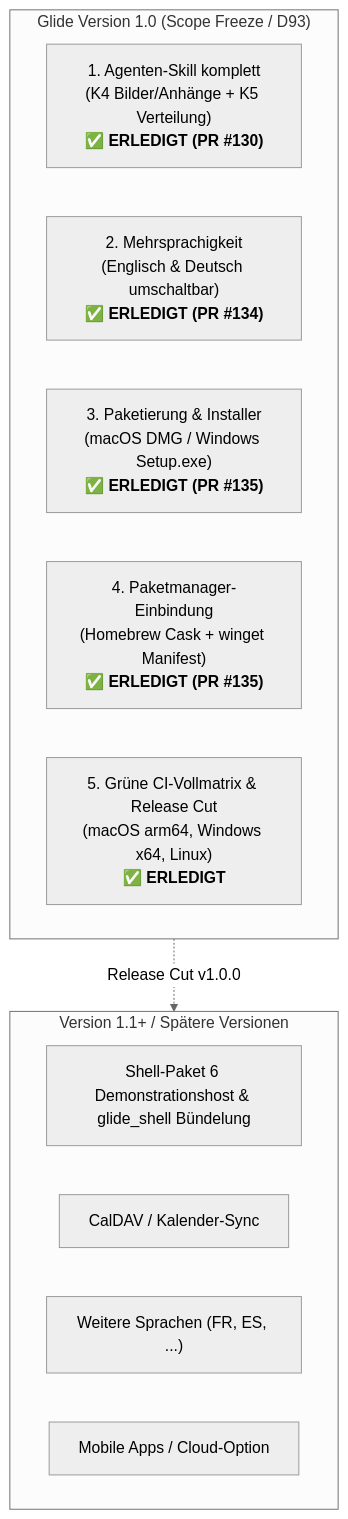
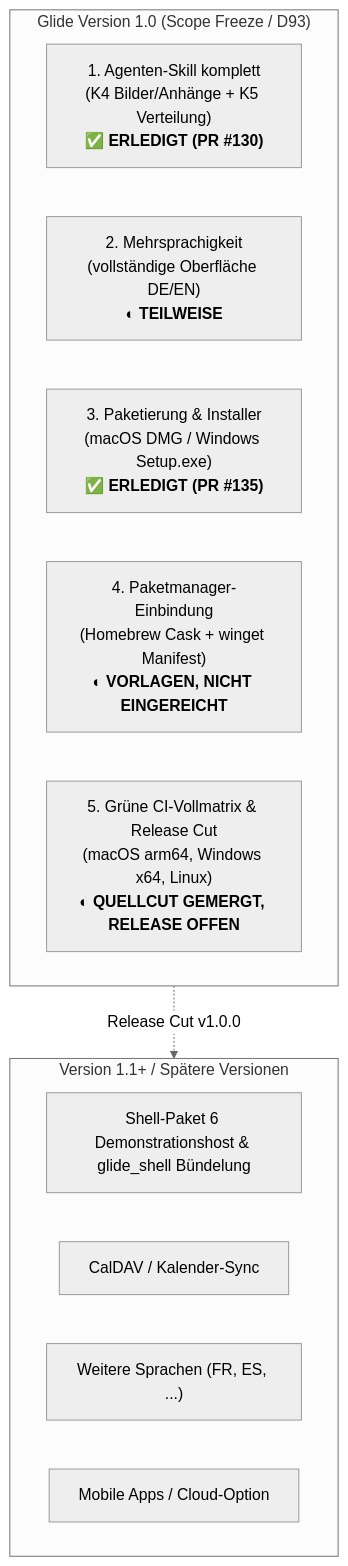
One commit to n05a-design/glide-to-do changed the diagram in 00_Arbeitsvorbereitung/Glide_Meilenstein_v1_Plan.md. Above: the diagram before and after it, drawn with Mermaid (neutral theme). The commit also changed other lines of this file and 14 other files, not shown here.

````diff
--- a/00_Arbeitsvorbereitung/Glide_Meilenstein_v1_Plan.md
+++ b/00_Arbeitsvorbereitung/Glide_Meilenstein_v1_Plan.md
@@ -15,19 +15,19 @@
 ```mermaid
 flowchart TD
     subgraph V1 ["Glide Version 1.0 (Scope Freeze / D93)"]
         S["1. Agenten-Skill komplett<br/>(K4 Bilder/Anhänge + K5 Verteilung)<br/><b>✅ ERLEDIGT (PR #130)</b>"]
-        I["2. Mehrsprachigkeit<br/>(Englisch & Deutsch umschaltbar)<br/><b>✅ ERLEDIGT (PR #134)</b>"]
+        I["2. Mehrsprachigkeit<br/>(vollständige Oberfläche DE/EN)<br/><b>◐ TEILWEISE</b>"]
         P["3. Paketierung & Installer<br/>(macOS DMG / Windows Setup.exe)<br/><b>✅ ERLEDIGT (PR #135)</b>"]
-        M["4. Paketmanager-Einbindung<br/>(Homebrew Cask + winget Manifest)<br/><b>✅ ERLEDIGT (PR #135)</b>"]
-        Q["5. Grüne CI-Vollmatrix & Release Cut<br/>(macOS arm64, Windows x64, Linux)<br/><b>✅ ERLEDIGT</b>"]
+        M["4. Paketmanager-Einbindung<br/>(Homebrew Cask + winget Manifest)<br/><b>◐ VORLAGEN, NICHT EINGEREICHT</b>"]
+        Q["5. Grüne CI-Vollmatrix & Release Cut<br/>(macOS arm64, Windows x64, Linux)<br/><b>◐ QUELLCUT GEMERGT, RELEASE OFFEN</b>"]
     end
 
     subgraph POST ["Version 1.1+ / Spätere Versionen"]
         S6["Shell-Paket 6 Demonstrationshost & glide_shell Bündelung"]
         CAL["CalDAV / Kalender-Sync"]
         LANG["Weitere Sprachen (FR, ES, ...)"]
         MOB["Mobile Apps / Cloud-Option"]
     end
 
     V1 -.->|Release Cut v1.0.0| POST
 ```
````
